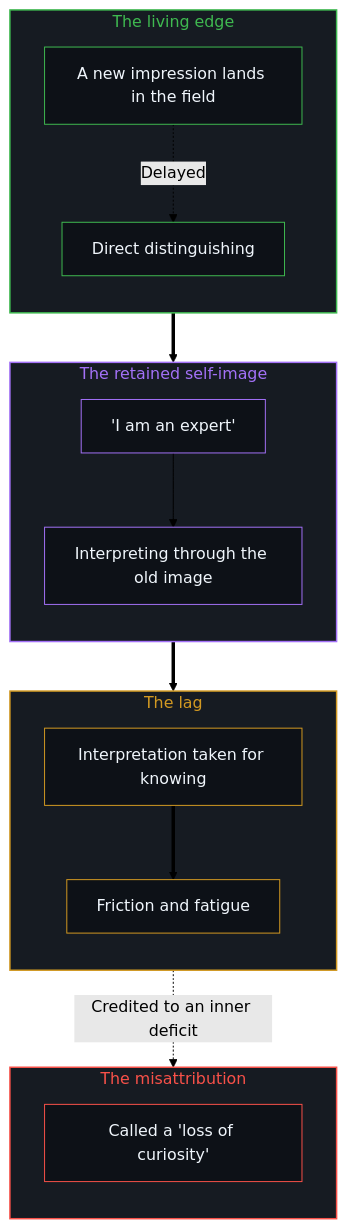
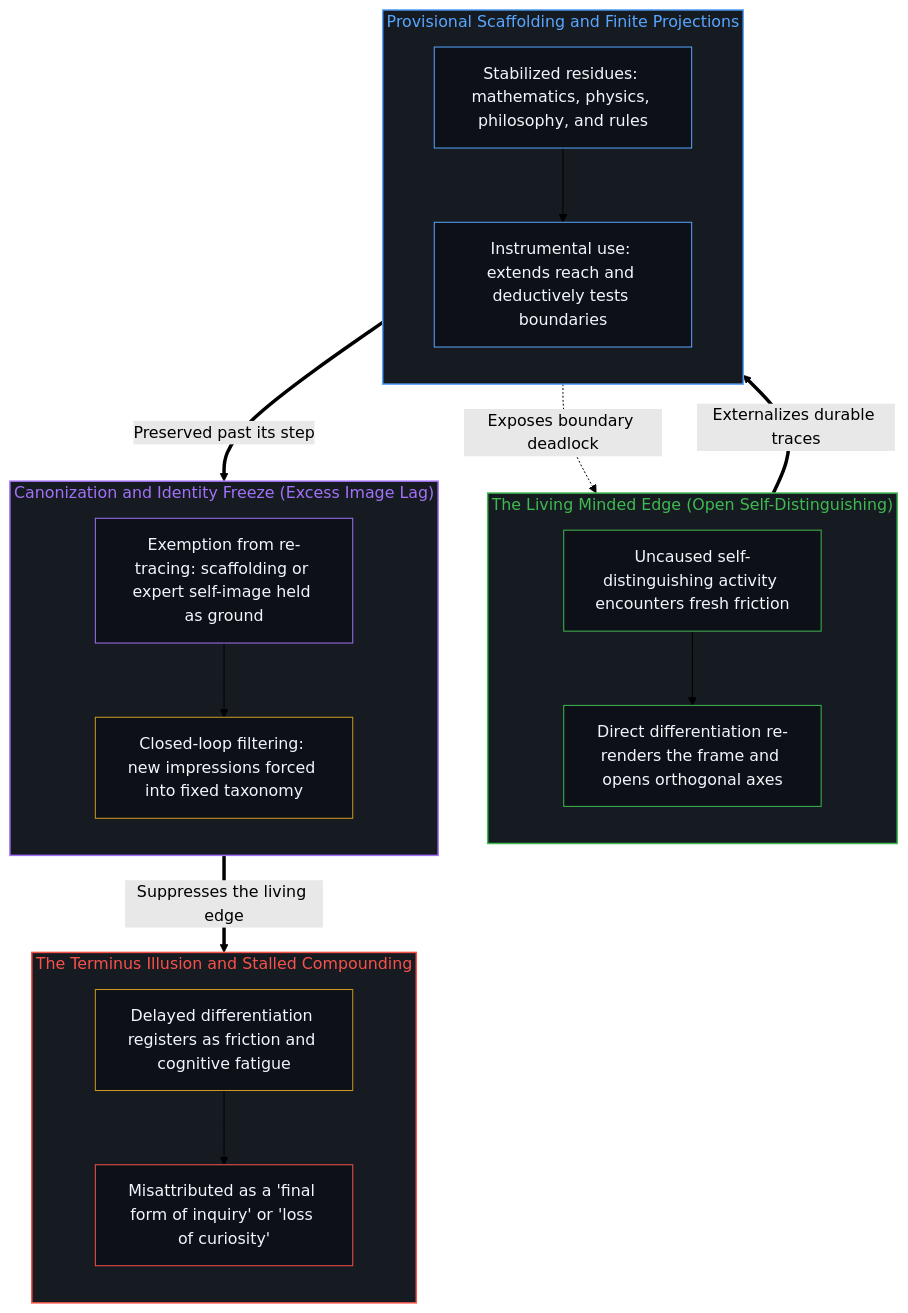
Before and after one commit to powerpig99/not-a-toe: the second of 2 diagrams in content/posts/curiosity-has-no-final-form.md, drawn with Mermaid (forest theme). The commit also changed other lines of this file and 2 other files, not shown here.

Commit message:
Refine L2 #93 & #94: curiosity-has-no-final-form, subtracting-consciousness-at-the-source (Deep Sleep Wave 3)

````diff
--- a/content/posts/curiosity-has-no-final-form.md
+++ b/content/posts/curiosity-has-no-final-form.md
@@ -89,39 +73,43 @@
 ```mermaid
 flowchart TD
-    subgraph S_Edge["The living edge"]
+    subgraph S_Edge["The Living Minded Edge (Open Self-Distinguishing)"]
         direction TB
-        E1["A new impression lands in the field"]
-        E2["Direct distinguishing"]
+        E1["Uncaused self-distinguishing activity encounters fresh friction"]
+        E2["Direct differentiation re-renders the frame and opens orthogonal axes"]
+        E1 --> E2
     end
-    subgraph S_Image["The retained self-image"]
+    subgraph S_Proj["Provisional Scaffolding and Finite Projections"]
         direction TB
-        I1["'I am an expert'"]
-        I2["Interpreting through the old image"]
+        P1["Stabilized residues: mathematics, physics, philosophy, and rules"]
+        P2["Instrumental use: extends reach and deductively tests boundaries"]
+        P1 --> P2
     end
-    subgraph S_Lag["The lag"]
+    subgraph S_Freeze["Canonization and Identity Freeze (Excess Image Lag)"]
         direction TB
-        L1["Interpretation taken for knowing"]
-        L2["Friction and fatigue"]
+        F1["Exemption from re-tracing: scaffolding or expert self-image held as ground"]
+        F2["Closed-loop filtering: new impressions forced into fixed taxonomy"]
+        F1 --> F2
     end
-    subgraph S_Label["The misattribution"]
+    subgraph S_Collapse["The Terminus Illusion and Stalled Compounding"]
         direction TB
-        B1["Called a 'loss of curiosity'"]
+        C1["Delayed differentiation registers as friction and cognitive fatigue"]
+        C2["Misattributed as a 'final form of inquiry' or 'loss of curiosity'"]
+        C1 --> C2
     end
-    E1 -.->|"Delayed"| E2
-    E1 ==> I2
-    I1 --> I2
-    I2 ==> L1
-    L1 ==> L2
-    L2 -.->|"Credited to an inner deficit"| B1
+    E2 ==>|"Externalizes durable traces"| P1
+    P2 ==>|"Preserved past its step"| F1
+    F2 ==>|"Suppresses the living edge"| C1
+    P2 -.->|"Exposes boundary deadlock"| E2
     style S_Edge fill:#161b22,stroke:#3fb950,stroke-width:1.5px,color:#3fb950
-    style S_Image fill:#161b22,stroke:#a371f7,stroke-width:1.5px,color:#a371f7
-    style S_Lag fill:#161b22,stroke:#d29922,stroke-width:1.5px,color:#d29922
-    style S_Label fill:#161b22,stroke:#f85149,stroke-width:1.5px,color:#f85149
+    style S_Proj fill:#161b22,stroke:#58a6ff,stroke-width:1.5px,color:#58a6ff
+    style S_Freeze fill:#161b22,stroke:#a371f7,stroke-width:1.5px,color:#a371f7
+    style S_Collapse fill:#161b22,stroke:#f85149,stroke-width:1.5px,color:#f85149
     style E1 fill:#0d1117,stroke:#3fb950,stroke-width:1px,color:#f0f6fc
     style E2 fill:#0d1117,stroke:#3fb950,stroke-width:1px,color:#f0f6fc
-    style I1 fill:#0d1117,stroke:#a371f7,stroke-width:1px,color:#f0f6fc
-    style I2 fill:#0d1117,stroke:#a371f7,stroke-width:1px,color:#f0f6fc
-    style L1 fill:#0d1117,stroke:#d29922,stroke-width:1px,color:#f0f6fc
-    style L2 fill:#0d1117,stroke:#d29922,stroke-width:1px,color:#f0f6fc
-    style B1 fill:#0d1117,stroke:#f85149,stroke-width:1px,color:#f0f6fc
+    style P1 fill:#0d1117,stroke:#58a6ff,stroke-width:1px,color:#f0f6fc
+    style P2 fill:#0d1117,stroke:#58a6ff,stroke-width:1px,color:#f0f6fc
+    style F1 fill:#0d1117,stroke:#a371f7,stroke-width:1px,color:#f0f6fc
+    style F2 fill:#0d1117,stroke:#d29922,stroke-width:1px,color:#f0f6fc
+    style C1 fill:#0d1117,stroke:#d29922,stroke-width:1px,color:#f0f6fc
+    style C2 fill:#0d1117,stroke:#f85149,stroke-width:1px,color:#f0f6fc
 ```
````
